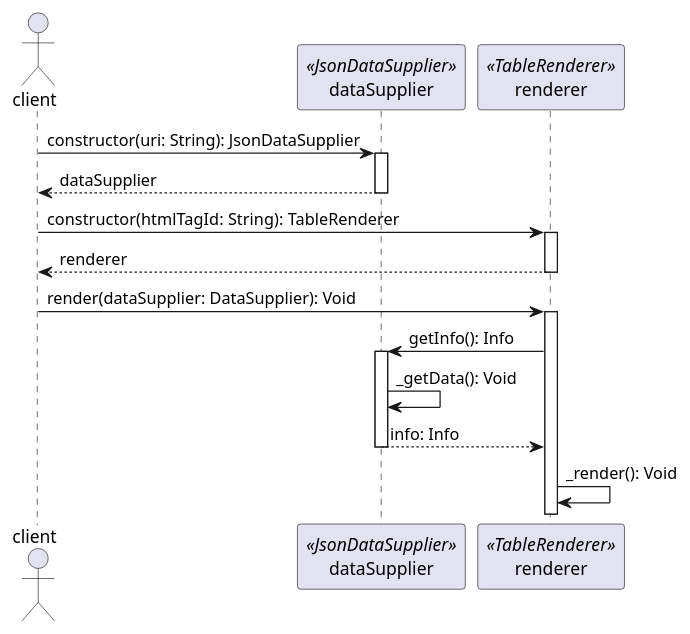
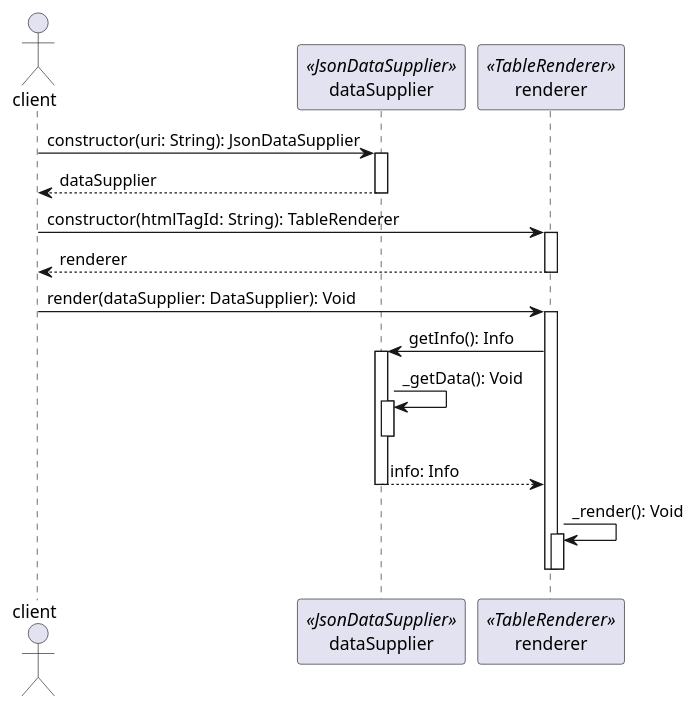
Before and after one commit to expert0226/codespitz: the eighth of 8 diagrams in src/main/resources/codespitz79/designpattern/day01/day01.adoc, drawn with PlantUML. The commit also changed other lines of this file and 9 other files, not shown here.

```diff
--- a/src/main/resources/codespitz79/designpattern/day01/day01.adoc
+++ b/src/main/resources/codespitz79/designpattern/day01/day01.adoc
@@ -230,23 +242,29 @@
 [plantuml, exam04_sequence, png]
 ....
 actor client
 participant dataSupplier <<JsonDataSupplier>>
 participant renderer <<TableRenderer>>
 
 client -> dataSupplier: constructor(uri: String): JsonDataSupplier
 activate dataSupplier
 return dataSupplier
 
 client -> renderer: constructor(htmlTagId: String): TableRenderer
 activate renderer
 return renderer
 
 client -> renderer: render(dataSupplier: DataSupplier): Void
 activate renderer
 dataSupplier <- renderer: getInfo(): Info
 activate dataSupplier
 dataSupplier -> dataSupplier: _getData(): Void
+activate dataSupplier
+deactivate dataSupplier
 dataSupplier --> renderer: info: Info
 deactivate dataSupplier
+deactivate dataSupplier
 renderer -> renderer: _render(): Void
+activate renderer
+deactivate renderer
+deactivate renderer
 ....
```
